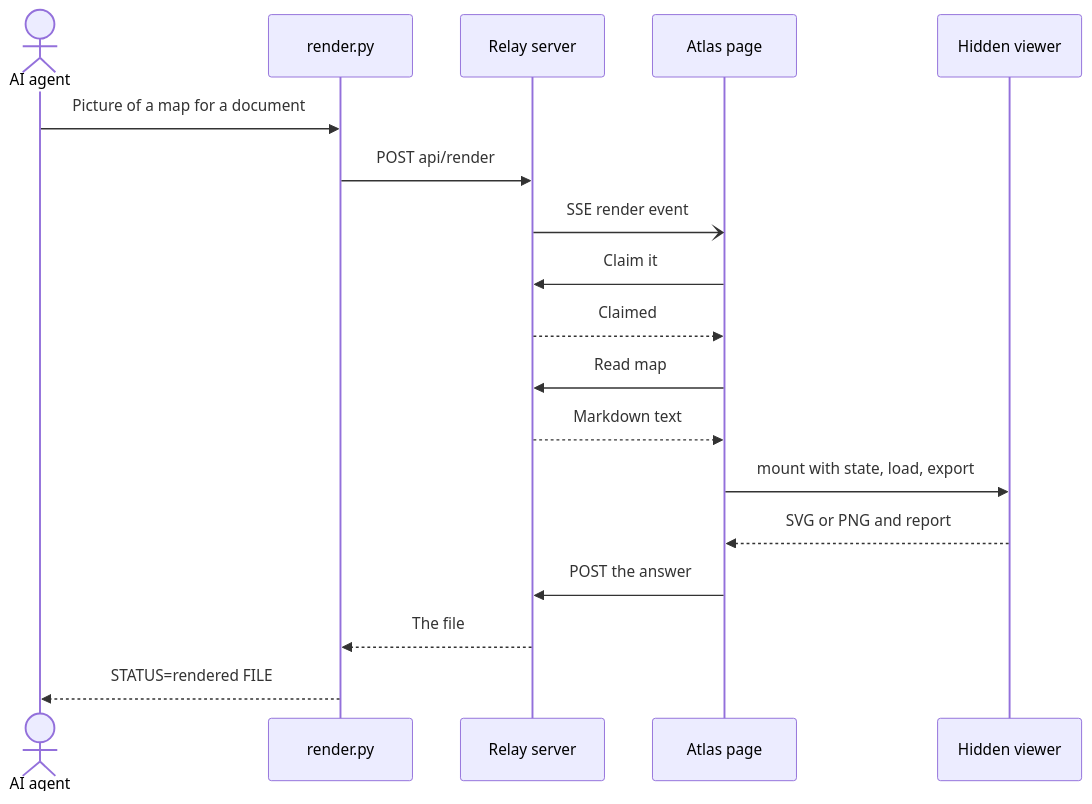
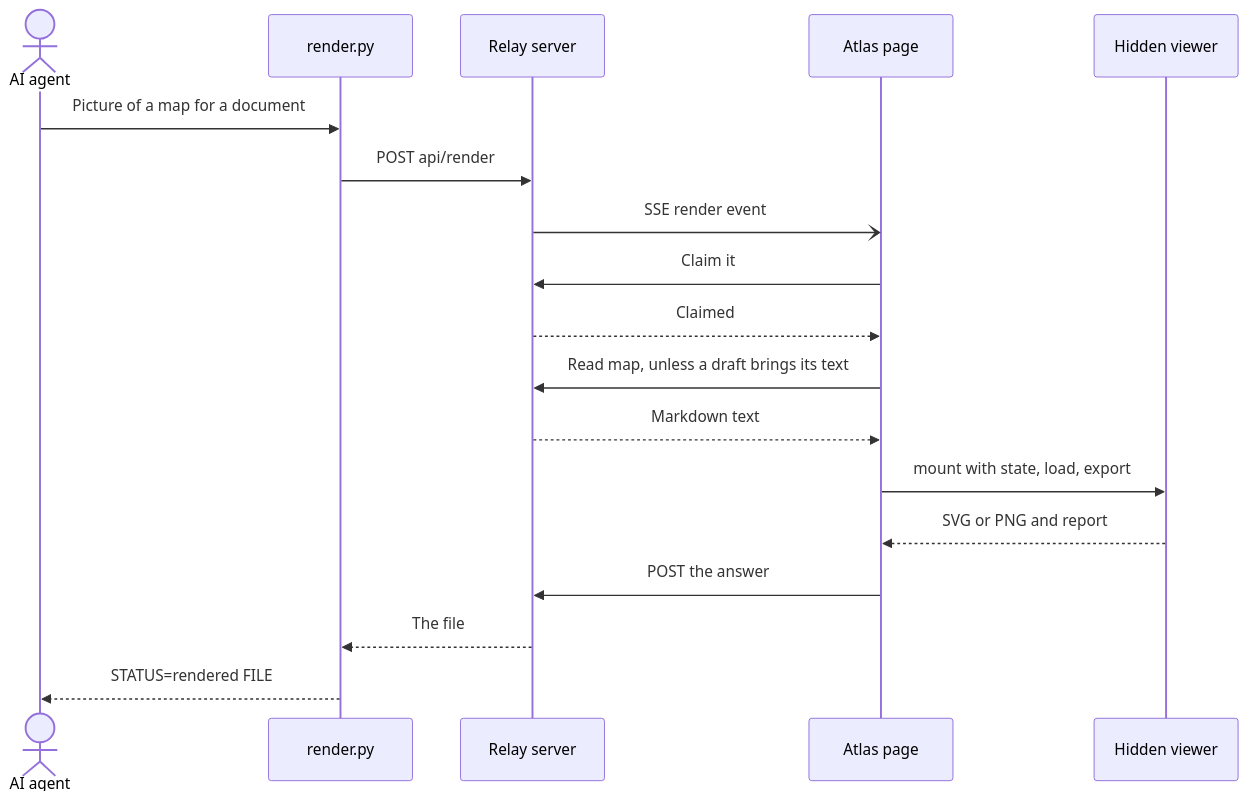
Diagram 11 of 17 in examples/maps/avagahana-architecture.md (nvsravank/avagahana), drawn with Mermaid before and after one commit. The commit also changed other lines of this file and 25 other files, not shown here.

Commit message:
WO-37: order of lines untangles crossings, render draft and draft_report, lone page renders at once, box direction for unlinked children, examples reordered

````diff
--- a/examples/maps/avagahana-architecture.md
+++ b/examples/maps/avagahana-architecture.md
@@ -636,20 +636,20 @@
 ```mermaid
 sequenceDiagram
   actor agent as AI agent
   participant cli as render.py
   participant relay as Relay server
   participant page as Atlas page
   participant hidden as Hidden viewer
   agent->>cli: Picture of a map for a document
   cli->>relay: POST api/render
   relay-)page: SSE render event
   page->>relay: Claim it
   relay-->>page: Claimed
-  page->>relay: Read map
+  page->>relay: Read map, unless a draft brings its text
   relay-->>page: Markdown text
   page->>hidden: mount with state, load, export
   hidden-->>page: SVG or PNG and report
   page->>relay: POST the answer
   relay-->>cli: The file
   cli-->>agent: STATUS=rendered FILE
 ```
````
